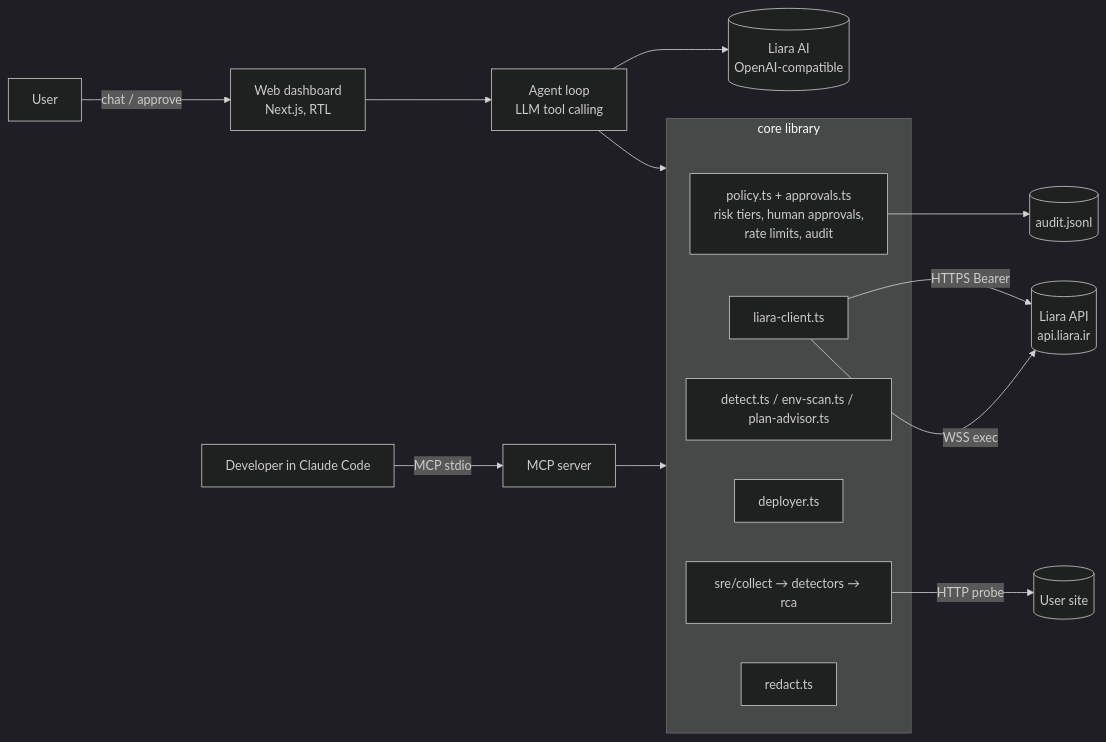
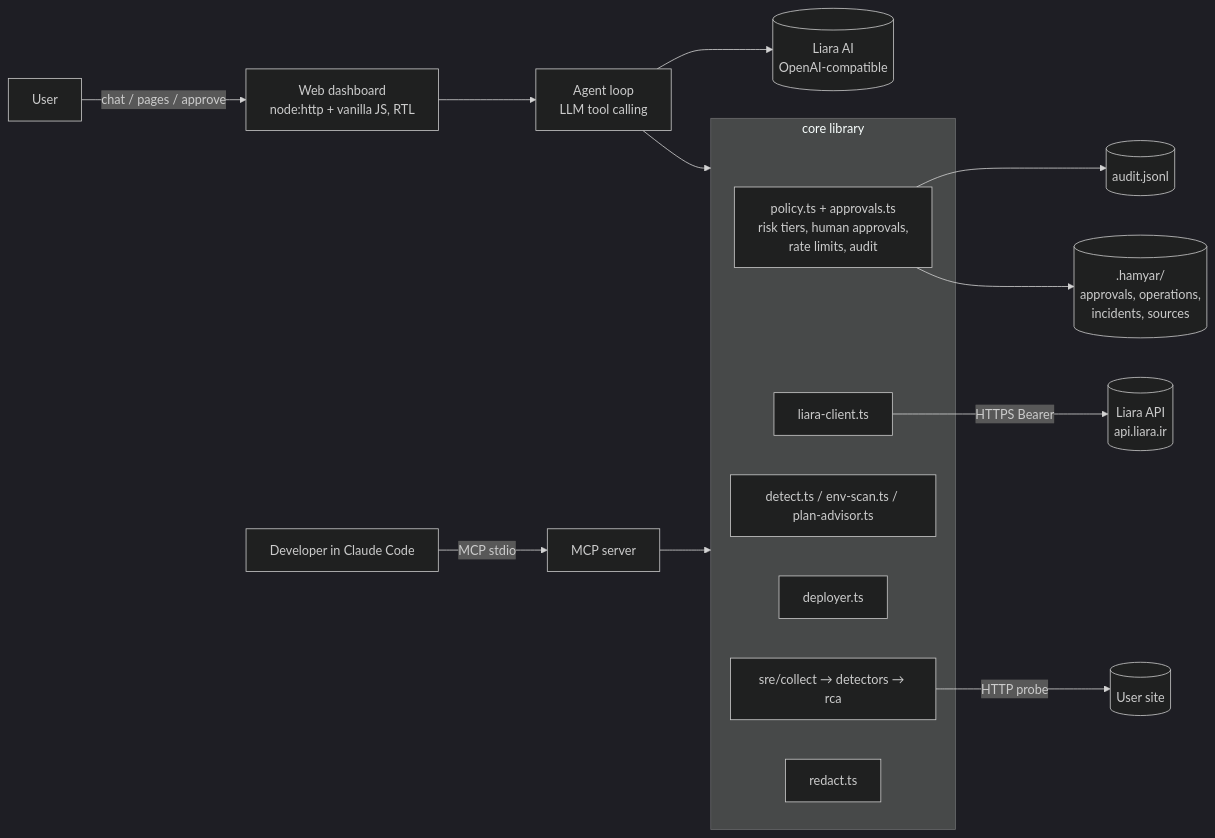
One commit to fordi1/hamyar changed the first of 2 diagrams in docs/TECHNICAL.md. Above: the diagram before and after it, drawn with Mermaid (dark theme). The commit also changed other lines of this file and 25 other files, not shown here.

````diff
--- a/docs/TECHNICAL.md
+++ b/docs/TECHNICAL.md
@@ -50,21 +50,21 @@
 ```mermaid
 flowchart LR
-  U[User] -->|chat / approve| WEB[Web dashboard<br/>Next.js, RTL]
+  U[User] -->|chat / pages / approve| WEB[Web dashboard<br/>node:http + vanilla JS, RTL]
   DEV[Developer in Claude Code] -->|MCP stdio| MCP[MCP server]
   WEB --> AG[Agent loop<br/>LLM tool calling]
   AG --> LLM[(Liara AI<br/>OpenAI-compatible)]
   AG --> CORE
   MCP --> CORE
   subgraph CORE[core library]
     POL[policy.ts + approvals.ts<br/>risk tiers, human approvals,<br/>rate limits, audit]
     CL[liara-client.ts]
     DET[detect.ts / env-scan.ts / plan-advisor.ts]
     DEP[deployer.ts]
     SRE[sre/collect → detectors → rca]
     RED[redact.ts]
   end
   CL -->|HTTPS Bearer| API[(Liara API<br/>api.liara.ir)]
-  CL -->|WSS exec| API
   SRE -->|HTTP probe| SITE[(User site)]
   POL --> AUD[(audit.jsonl)]
+  POL --> ST[(.hamyar/<br/>approvals, operations,<br/>incidents, sources)]
 ```
````
